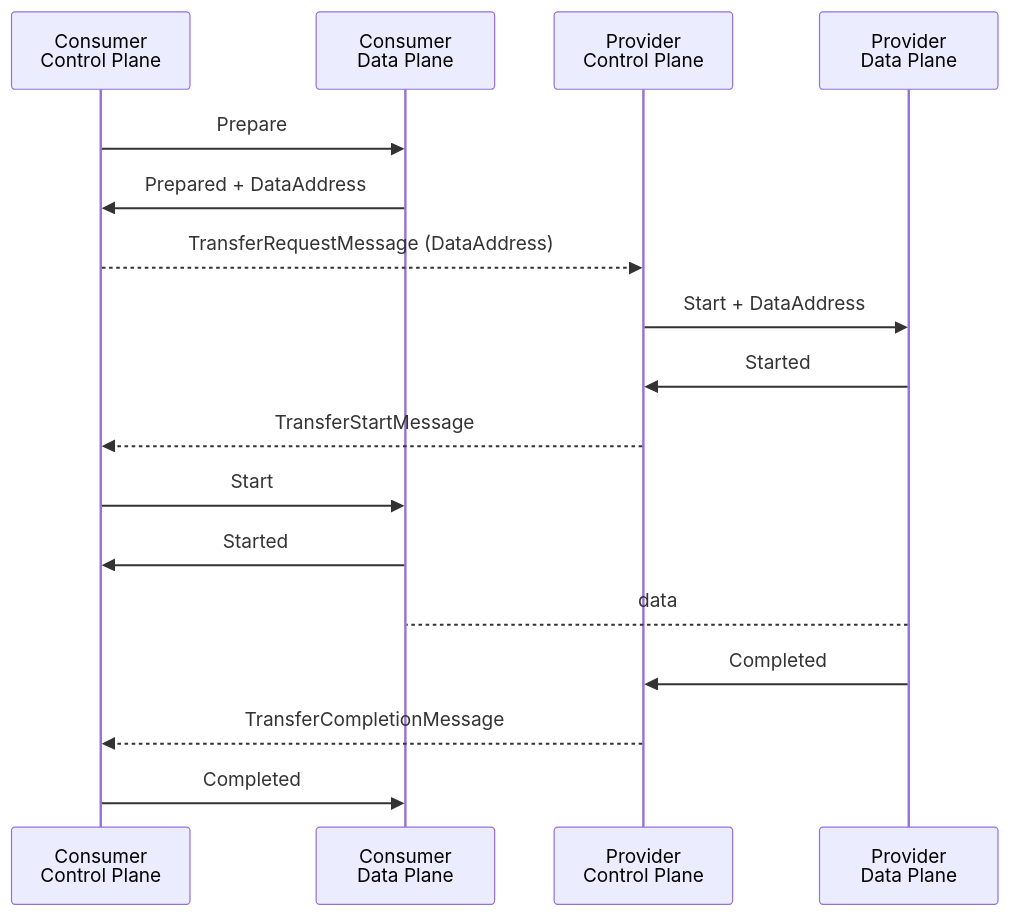
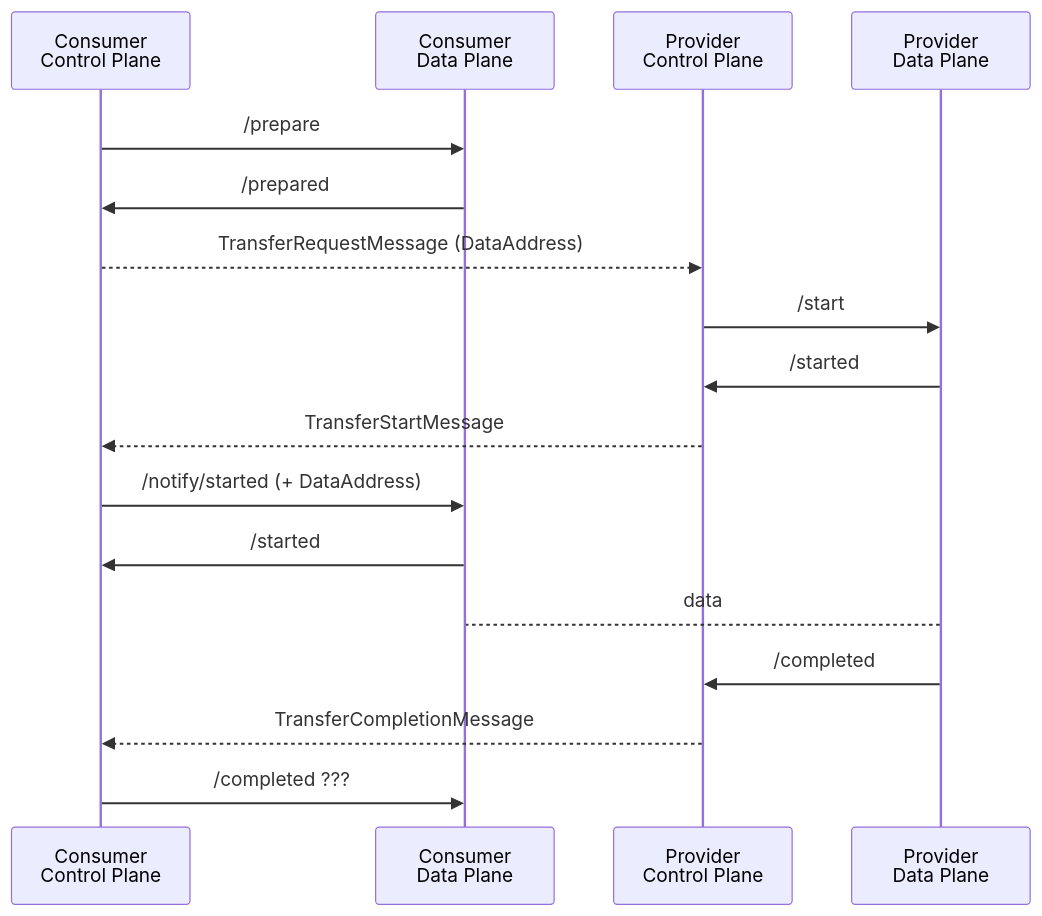
Before and after one commit to Metaform/dataplane-signaling: the third of 5 diagrams in docs/signaling.md, drawn with Mermaid. The commit also changed other lines of this file and 4 other files, not shown here.

````diff
--- a/docs/signaling.md
+++ b/docs/signaling.md
@@ -159,19 +159,19 @@
 ```mermaid
 sequenceDiagram
     participant ccp as Consumer<br/>Control Plane
     participant cdp as Consumer<br/>Data Plane
     participant pcp as Provider<br/>Control Plane
     participant pdp as Provider<br/>Data Plane
-    ccp ->> cdp: Prepare
-    cdp ->> ccp: Prepared + DataAddress
+    ccp ->> cdp: /prepare
+    cdp ->> ccp: /prepared
     ccp -->> pcp: TransferRequestMessage (DataAddress)
-    pcp ->> pdp: Start + DataAddress
-    pdp ->> pcp: Started
+    pcp ->> pdp: /start
+    pdp ->> pcp: /started
     pcp -->> ccp: TransferStartMessage
-    ccp ->> cdp: Start
-    cdp ->> ccp: Started
+    ccp ->> cdp: /notify/started (+ DataAddress)
+    cdp ->> ccp: /started
     pdp --> cdp: data
-    pdp ->> pcp: Completed
+    pdp ->> pcp: /completed
     pcp -->> ccp: TransferCompletionMessage
-    ccp ->> cdp: Completed
+    ccp ->> cdp: /completed ???
 ```
````
